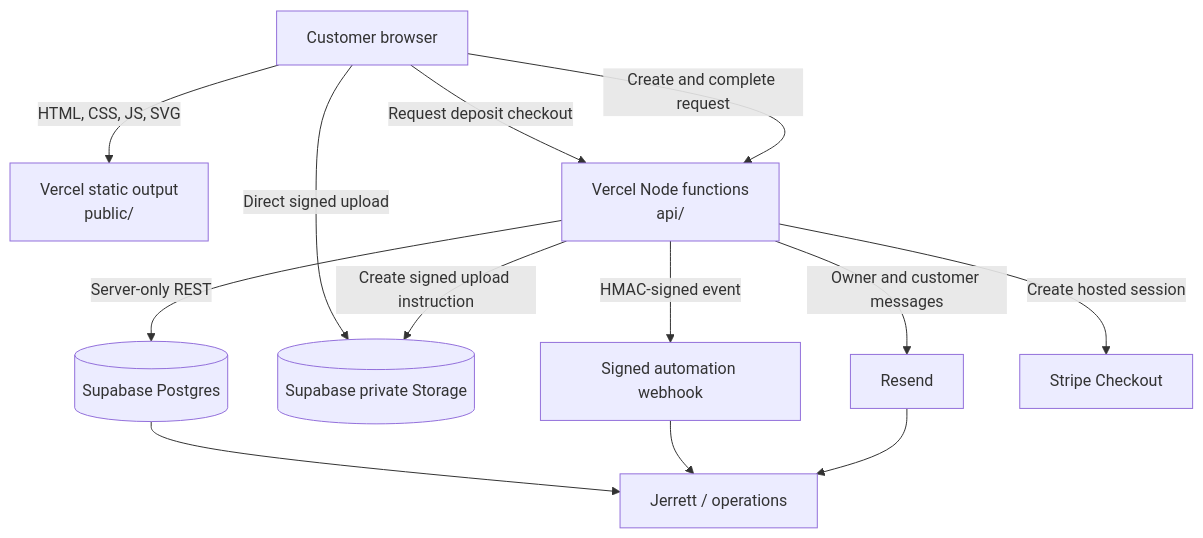
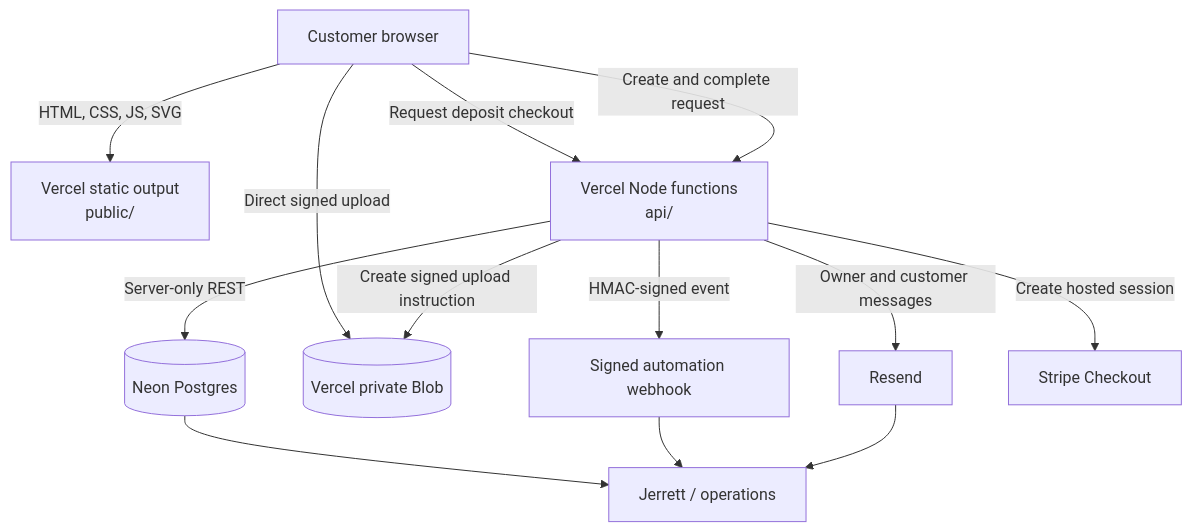
Before and after one commit to JerrettDavis/3dprint4me: the diagram in docs/ARCHITECTURE.md, drawn with Mermaid. The commit also changed other lines of this file and 18 other files, not shown here.

Commit message:
Use Neon and private Vercel Blob for free intake storage

````diff
--- a/docs/ARCHITECTURE.md
+++ b/docs/ARCHITECTURE.md
@@ -9,25 +9,25 @@
 ```mermaid
 flowchart TB
     Customer[Customer browser]
     Static[Vercel static output\npublic/]
     Functions[Vercel Node functions\napi/]
-    DB[(Supabase Postgres)]
-    Storage[(Supabase private Storage)]
+    DB[(Neon Postgres)]
+    Storage[(Vercel private Blob)]
     Email[Resend]
     Hook[Signed automation webhook]
     Stripe[Stripe Checkout]
     Owner[Jerrett / operations]
 
     Customer -->|HTML, CSS, JS, SVG| Static
     Customer -->|Create and complete request| Functions
     Functions -->|Server-only REST| DB
     Functions -->|Create signed upload instruction| Storage
     Customer -->|Direct signed upload| Storage
     Functions -->|Owner and customer messages| Email
     Functions -->|HMAC-signed event| Hook
     Customer -->|Request deposit checkout| Functions
     Functions -->|Create hosted session| Stripe
     Email --> Owner
     Hook --> Owner
     DB --> Owner
 ```
````
